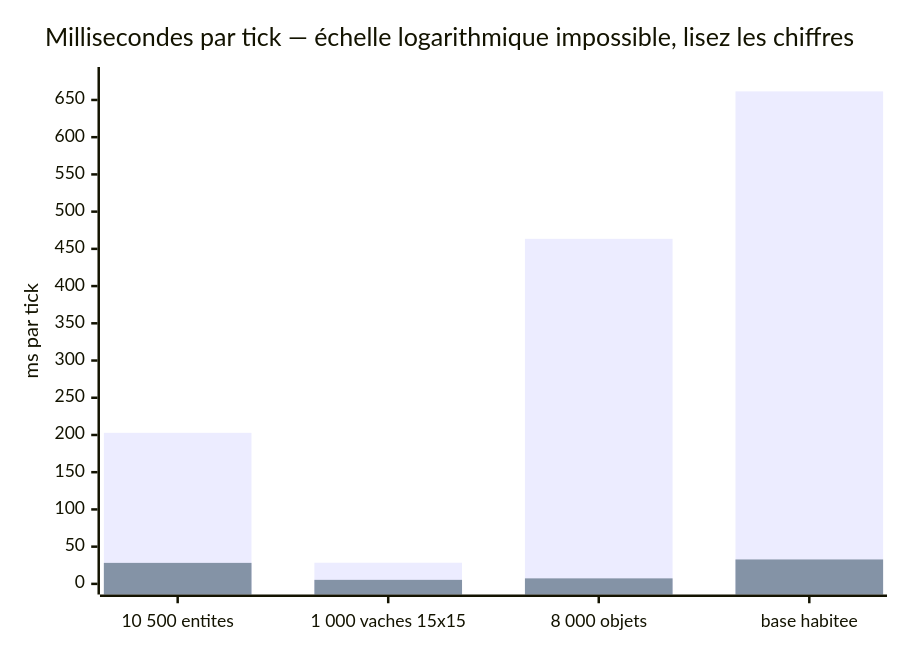
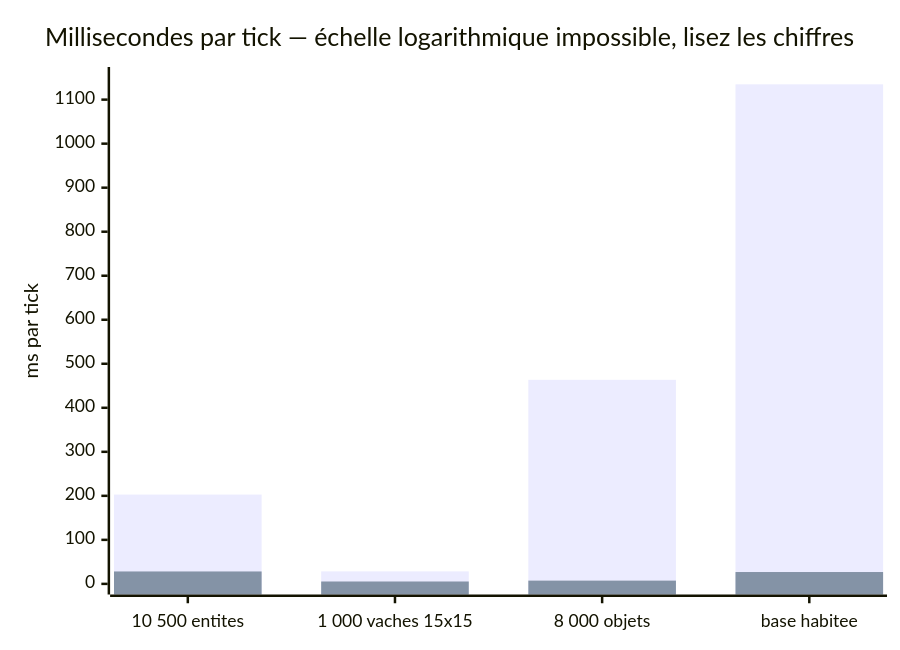
Before and after one commit to AstroQuestStudio/Lanterne: the second of 7 diagrams in README.md, drawn with Mermaid. The commit also changed other lines of this file and 3 other files, not shown here.

````diff
--- a/README.md
+++ b/README.md
@@ -58,8 +58,8 @@
 ```mermaid
 xychart-beta
     title "Millisecondes par tick — échelle logarithmique impossible, lisez les chiffres"
     x-axis ["10 500 entites", "1 000 vaches 15x15", "8 000 objets", "base habitee"]
-    y-axis "ms par tick" 0 --> 680
-    bar [202.9, 28.4, 463.5, 661.5]
-    bar [28.2, 5.4, 7.4, 32.8]
+    y-axis "ms par tick" 0 --> 1150
+    bar [202.9, 28.4, 463.5, 1134.8]
+    bar [28.2, 5.4, 7.4, 26.9]
 ```
````
